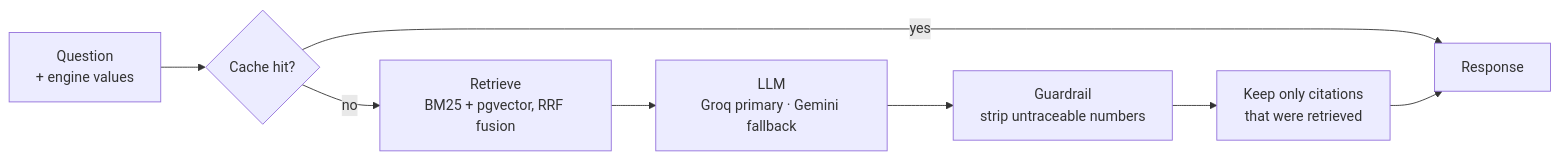
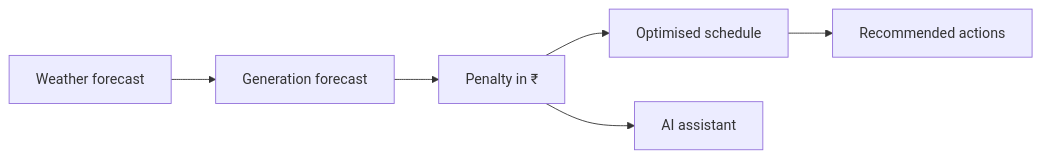
One commit to Meetvirugama/AI-Powered-Renewable-Generation-Forecasting-Platform changed the diagram in README.md. Above: the diagram before and after it, drawn with Mermaid. The commit also changed other lines of this file, not shown here.

First line of the commit message:
docs: shorten the README and fix the broken diagram

````diff
--- a/README.md
+++ b/README.md
@@ -211,10 +30,8 @@
 ```mermaid
 flowchart LR
-    Q["Question<br/>+ engine values"] --> C{"Cache hit?"}
-    C -- yes --> R["Response"]
-    C -- no --> RET["Retrieve<br/>BM25 + pgvector, RRF fusion"]
-    RET --> GEN["LLM<br/>Groq primary · Gemini fallback"]
-    GEN --> G["Guardrail<br/>strip untraceable numbers"]
-    G --> V["Keep only citations<br/>that were retrieved"]
-    V --> R
+    A["Weather forecast"] --> B["Generation forecast"]
+    B --> C["Penalty in ₹"]
+    C --> D["Optimised schedule"]
+    D --> E["Recommended actions"]
+    C --> F["AI assistant"]
 ```
````
